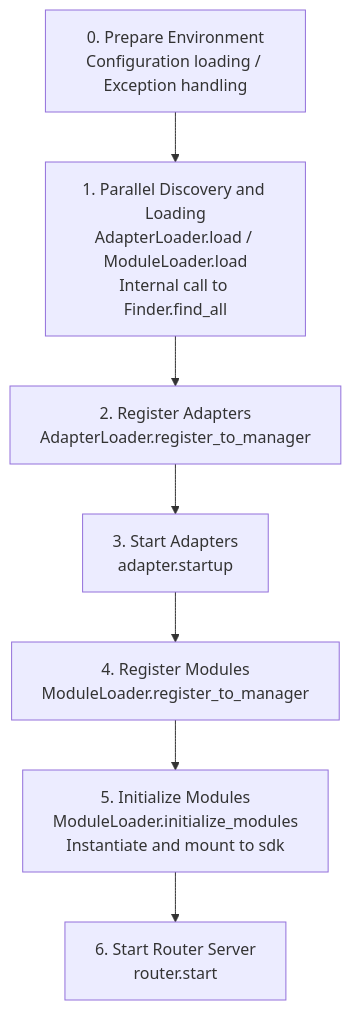
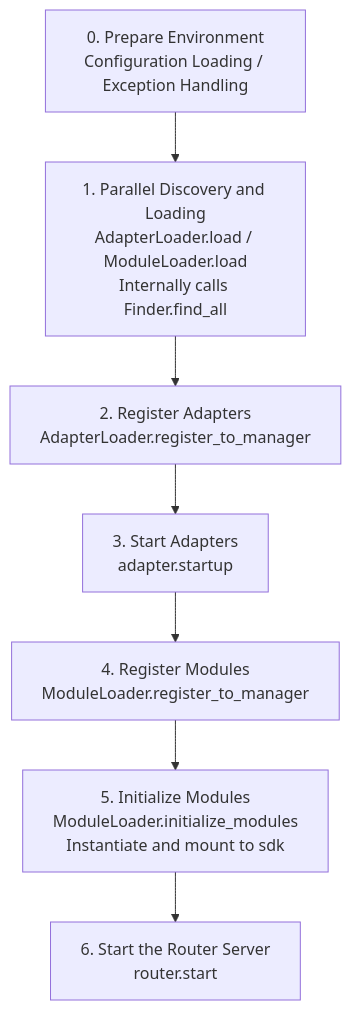
The diagram in docs/en/advanced/startup.md (ErisPulse/ErisPulse), drawn with Mermaid before and after one commit. The commit also changed other lines of this file and 127 other files, not shown here.

````diff
--- a/docs/en/advanced/startup.md
+++ b/docs/en/advanced/startup.md
@@ -27,10 +35,10 @@
 ```mermaid
 flowchart TD
-    A[0. Prepare Environment<br/>Configuration loading / Exception handling] --> B
-    B[1. Parallel Discovery and Loading<br/>AdapterLoader.load / ModuleLoader.load<br/>Internal call to Finder.find_all] --> C
+    A[0. Prepare Environment<br/>Configuration Loading / Exception Handling] --> B
+    B[1. Parallel Discovery and Loading<br/>AdapterLoader.load / ModuleLoader.load<br/>Internally calls Finder.find_all] --> C
     C[2. Register Adapters<br/>AdapterLoader.register_to_manager] --> D
     D[3. Start Adapters<br/>adapter.startup] --> E
     E[4. Register Modules<br/>ModuleLoader.register_to_manager] --> F
     F[5. Initialize Modules<br/>ModuleLoader.initialize_modules<br/>Instantiate and mount to sdk] --> G
-    G[6. Start Router Server<br/>router.start]
+    G[6. Start the Router Server<br/>router.start]
 ```
````
